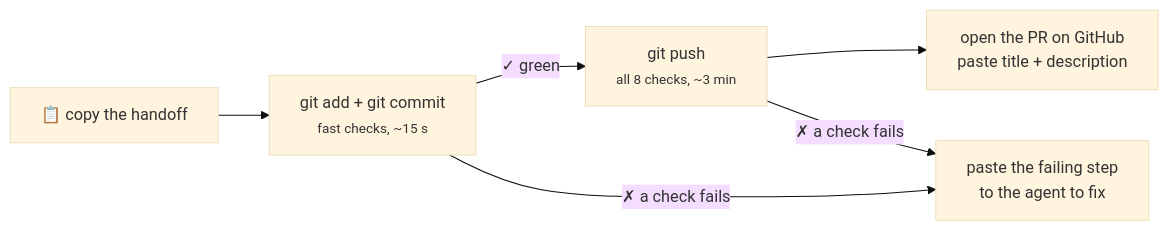
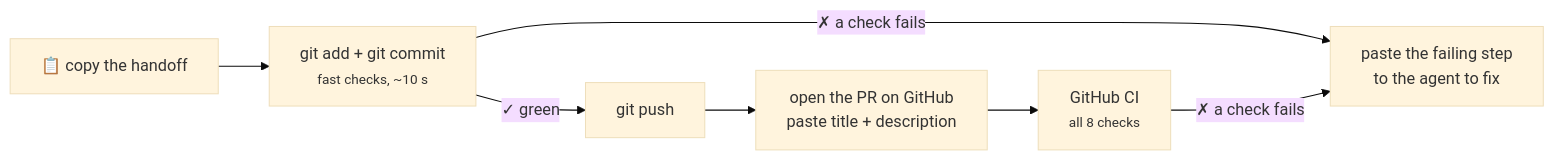
Before and after one commit to jaybecina/ethergrove-chronicles: the sixth of 6 diagrams in docs/agent-workflow.md, drawn with Mermaid (base theme). The commit also changed other lines of this file and 14 other files, not shown here.

First line of the commit message:
build(ci): run every check in GitHub CI on PRs; drop pre-push

````diff
--- a/docs/agent-workflow.md
+++ b/docs/agent-workflow.md
@@ -240,7 +240,7 @@
 ```mermaid
 flowchart LR
-  h["📋 copy the handoff"] --> c["git add + git commit<br/><small>fast checks, ~15 s</small>"]
-  c -->|"✓ green"| p["git push<br/><small>all 8 checks, ~3 min</small>"] --> pr["open the PR on GitHub<br/>paste title + description"]
+  h["📋 copy the handoff"] --> c["git add + git commit<br/><small>fast checks, ~10 s</small>"]
+  c -->|"✓ green"| p["git push"] --> pr["open the PR on GitHub<br/>paste title + description"] --> ci["GitHub CI<br/><small>all 8 checks</small>"]
   c -->|"✗ a check fails"| fix["paste the failing step<br/>to the agent to fix"]
-  p -->|"✗ a check fails"| fix
+  ci -->|"✗ a check fails"| fix
 ```
````
